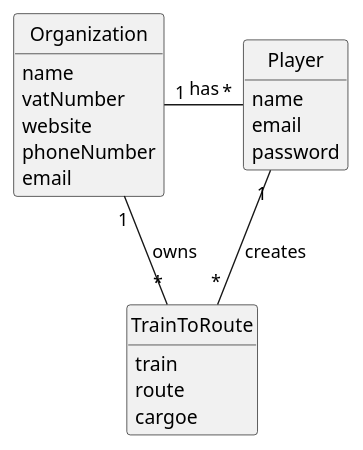
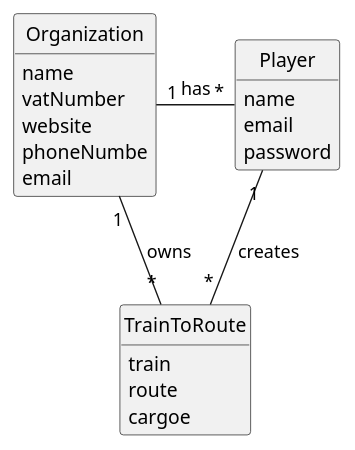
One commit to Andremonteiro1240850/railway_simulator changed the diagram in docs/(template-files)/US10/02.analisys.us10/us10DiagramAnalysis.puml. Above: the diagram before and after it, drawn with PlantUML.

Commit message:
changes us05 to us10

```diff
--- a/docs/(template-files)/US10/02.analisys.us10/us10DiagramAnalysis.puml
+++ b/docs/(template-files)/US10/02.analisys.us10/us10DiagramAnalysis.puml
@@ -1,42 +1,42 @@
 @startuml
 skinparam monochrome true
 skinparam packageStyle rectangle
 skinparam shadowing false
 
 'left to right direction
 
 skinparam classAttributeIconSize 0
 
 hide circle
 hide methods
 
 'title Domain Model
 
 class Organization {
     name
     vatNumber
     website
-    phoneNumber
+    phoneNumbe
     email
 }
 
 class TrainToRoute {
     train
     route
     cargoe
 }
 
 
 class Player {
     name
     email
     password
 }
 
 Organization "1" - "*" Player : has
 Organization "1" - "*" TrainToRoute: owns
 
 Player "1" -- "*" TrainToRoute : creates
 
 
 @enduml
```
